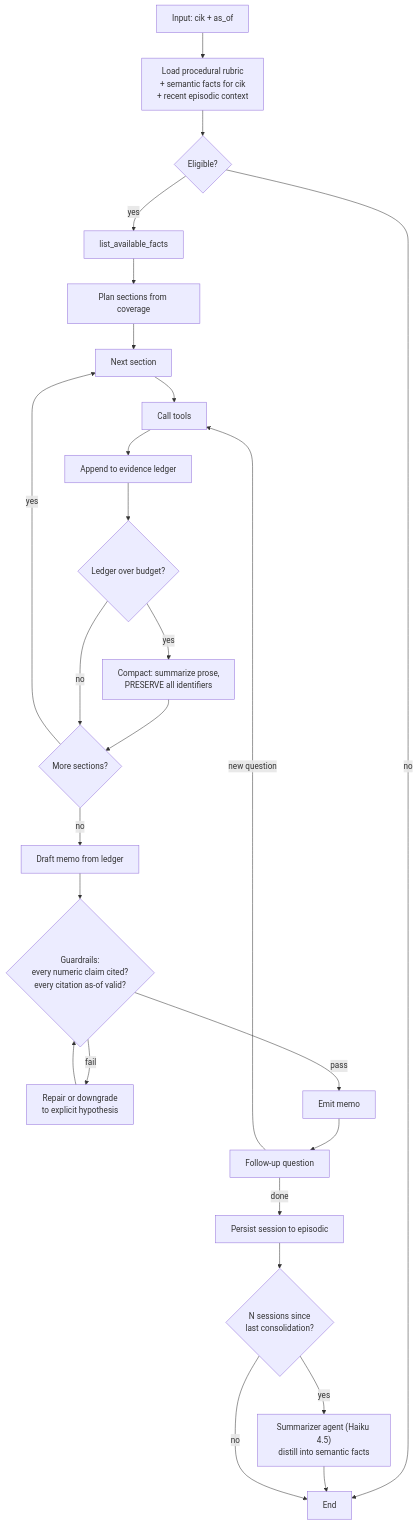
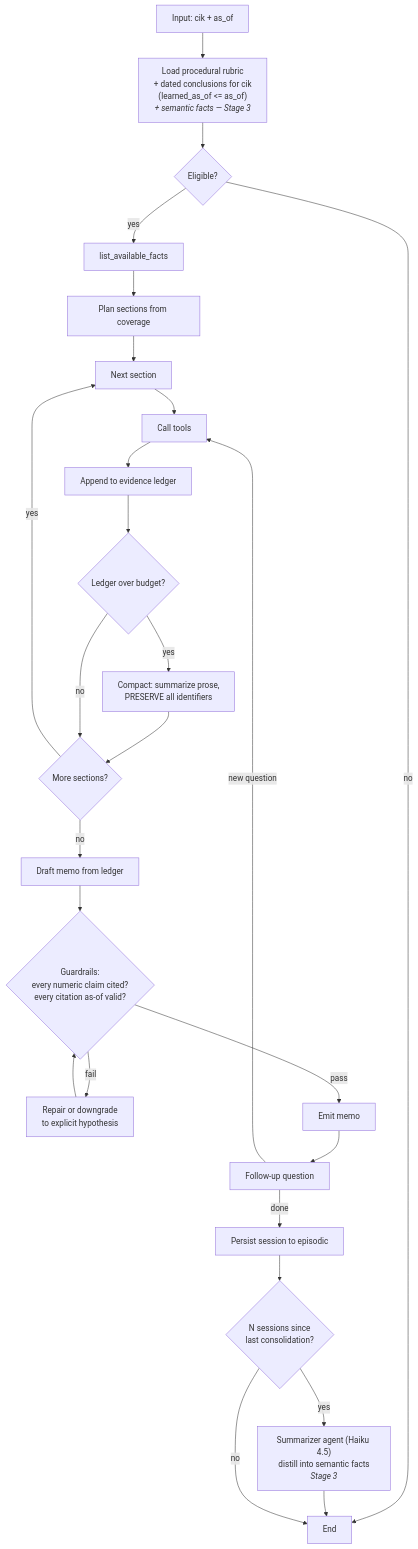
The fourth of 6 diagrams in docs/superpowers/specs/2026-08-18-cited-diligence-agent-design.md (robertmccourt/edgar-diligence), drawn with Mermaid before and after one commit. The commit also changed other lines of this file, not shown here.

First line of the commit message:
docs(spec): rev 3 — Stage 2 design revision

````diff
--- a/docs/superpowers/specs/2026-08-18-cited-diligence-agent-design.md
+++ b/docs/superpowers/specs/2026-08-18-cited-diligence-agent-design.md
@@ -460,37 +477,37 @@
 ```mermaid
 flowchart TD
     START["Input: cik + as_of"]
-    LOADMEM["Load procedural rubric<br/>+ semantic facts for cik<br/>+ recent episodic context"]
+    LOADMEM["Load procedural rubric<br/>+ dated conclusions for cik<br/>(learned_as_of &lt;= as_of)<br/><i>+ semantic facts — Stage 3</i>"]
     ELIG{"Eligible?"}
     COV["list_available_facts"]
     PLAN["Plan sections from coverage"]
     SEC["Next section"]
     RETR["Call tools"]
     LED["Append to evidence ledger"]
     BUD{"Ledger over budget?"}
     COMPACT["Compact: summarize prose,<br/>PRESERVE all identifiers"]
     MORE{"More sections?"}
     WRITE["Draft memo from ledger"]
     GUARD{"Guardrails:<br/>every numeric claim cited?<br/>every citation as-of valid?"}
     FIX["Repair or downgrade<br/>to explicit hypothesis"]
     REPLY["Emit memo"]
     FU["Follow-up question"]
     SAVE["Persist session to episodic"]
     CONS{"N sessions since<br/>last consolidation?"}
-    SUM["Summarizer agent (Haiku 4.5)<br/>distill into semantic facts"]
+    SUM["Summarizer agent (Haiku 4.5)<br/>distill into semantic facts<br/><i>Stage 3</i>"]
     STOP["End"]
 
     START --> LOADMEM --> ELIG
     ELIG -->|no| STOP
     ELIG -->|yes| COV --> PLAN --> SEC --> RETR --> LED --> BUD
     BUD -->|yes| COMPACT --> MORE
     BUD -->|no| MORE
     MORE -->|yes| SEC
     MORE -->|no| WRITE --> GUARD
     GUARD -->|fail| FIX --> GUARD
     GUARD -->|pass| REPLY --> FU
     FU -->|new question| RETR
     FU -->|done| SAVE --> CONS
     CONS -->|yes| SUM --> STOP
     CONS -->|no| STOP
 ```
````
